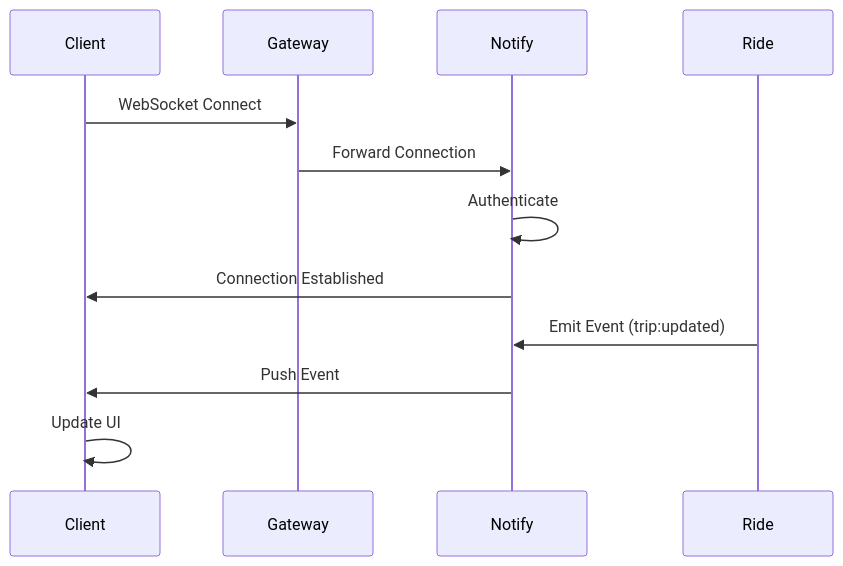
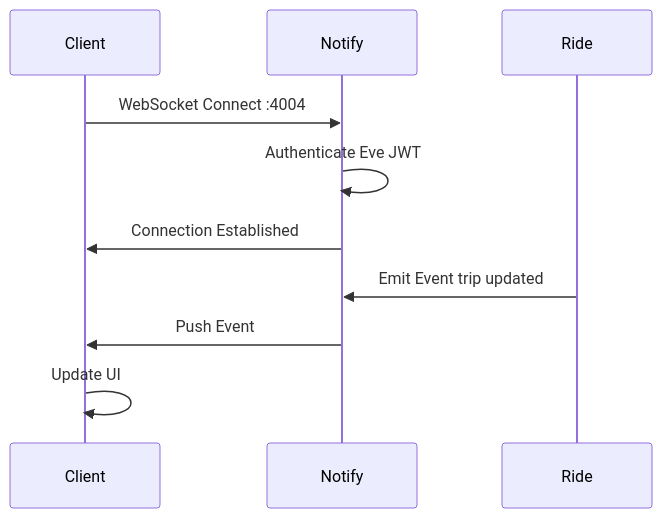
The fifth of 11 diagrams in ARCHITECTURE.md (13x54n/Eve), drawn with Mermaid before and after one commit. The commit also changed other lines of this file and 54 other files, not shown here.

````diff
--- a/ARCHITECTURE.md
+++ b/ARCHITECTURE.md
@@ -415,16 +412,14 @@
 ```mermaid
 sequenceDiagram
     participant Client
-    participant Gateway
     participant Notify
     participant Ride
 
-    Client->>Gateway: WebSocket Connect
-    Gateway->>Notify: Forward Connection
-    Notify->>Notify: Authenticate
+    Client->>Notify: WebSocket Connect :4004
+    Notify->>Notify: Authenticate Eve JWT
     Notify->>Client: Connection Established
-    
-    Ride->>Notify: Emit Event (trip:updated)
+
+    Ride->>Notify: Emit Event trip updated
     Notify->>Client: Push Event
     Client->>Client: Update UI
 ```
````
